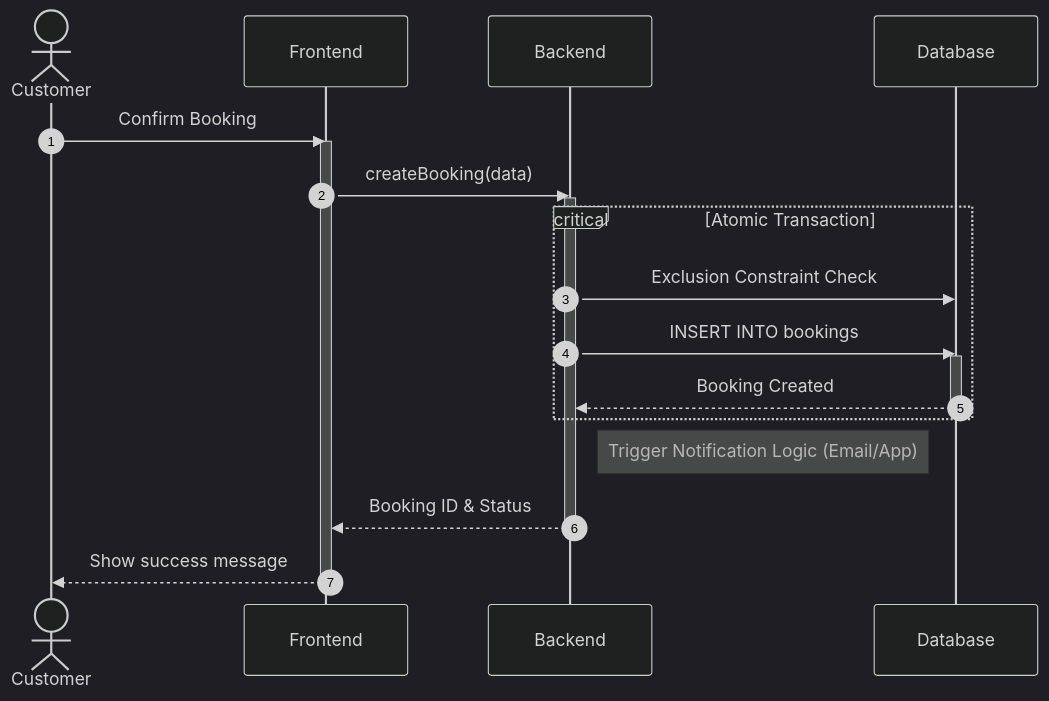
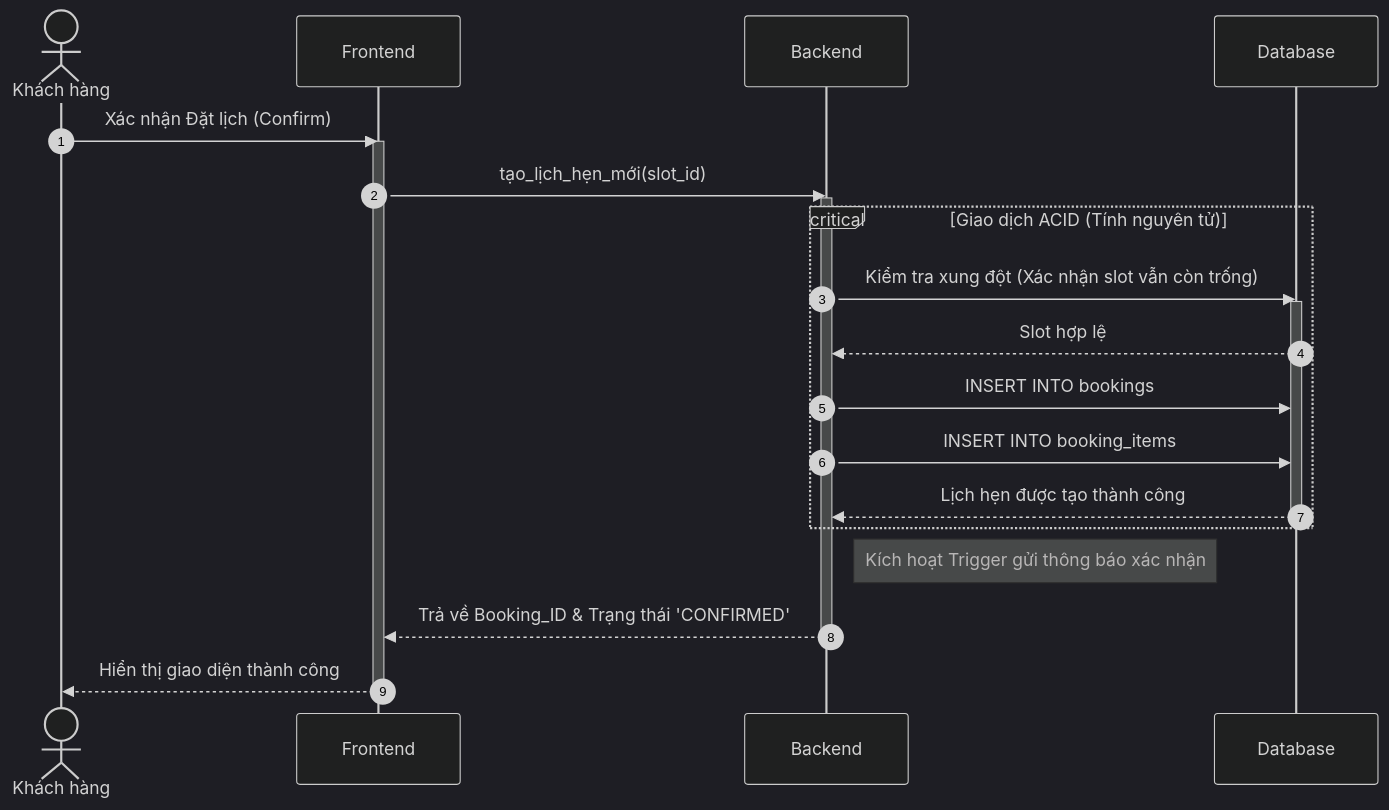
Before and after one commit to ngoctinn/Synapse: the second of 4 diagrams in docs/design/sequences_simplified/customer_flows.md, drawn with Mermaid (dark theme). The commit also changed other lines of this file and 4 other files, not shown here.

Commit message:
docs: Add simplified sequence diagrams for authentication and various user flows.

````diff
--- a/docs/design/sequences_simplified/customer_flows.md
+++ b/docs/design/sequences_simplified/customer_flows.md
@@ -63,28 +41,30 @@
 ```mermaid
 sequenceDiagram
     autonumber
-    actor KH as Customer
+    actor KH as Khách hàng
     participant FE as Frontend
     participant BE as Backend
     participant DB as Database
 
-    KH->>FE: Confirm Booking
+    KH->>FE: Xác nhận Đặt lịch (Confirm)
     activate FE
-    FE->>BE: createBooking(data)
+    FE->>BE: tạo_lịch_hẹn_mới(slot_id)
     activate BE
 
-    critical Atomic Transaction
-        BE->>DB: Exclusion Constraint Check
+    critical Giao dịch ACID (Tính nguyên tử)
+        BE->>DB: Kiểm tra xung đột (Xác nhận slot vẫn còn trống)
+        activate DB
+        DB-->>BE: Slot hợp lệ
         BE->>DB: INSERT INTO bookings
-        activate DB
-        DB-->>BE: Booking Created
+        BE->>DB: INSERT INTO booking_items
+        DB-->>BE: Lịch hẹn được tạo thành công
         deactivate DB
     end
 
-    Note right of BE: Trigger Notification Logic (Email/App)
+    Note right of BE: Kích hoạt Trigger gửi thông báo xác nhận
 
-    BE-->>FE: Booking ID & Status
+    BE-->>FE: Trả về Booking_ID & Trạng thái 'CONFIRMED'
     deactivate BE
-    FE-->>KH: Show success message
+    FE-->>KH: Hiển thị giao diện thành công
     deactivate FE
 ```
````
